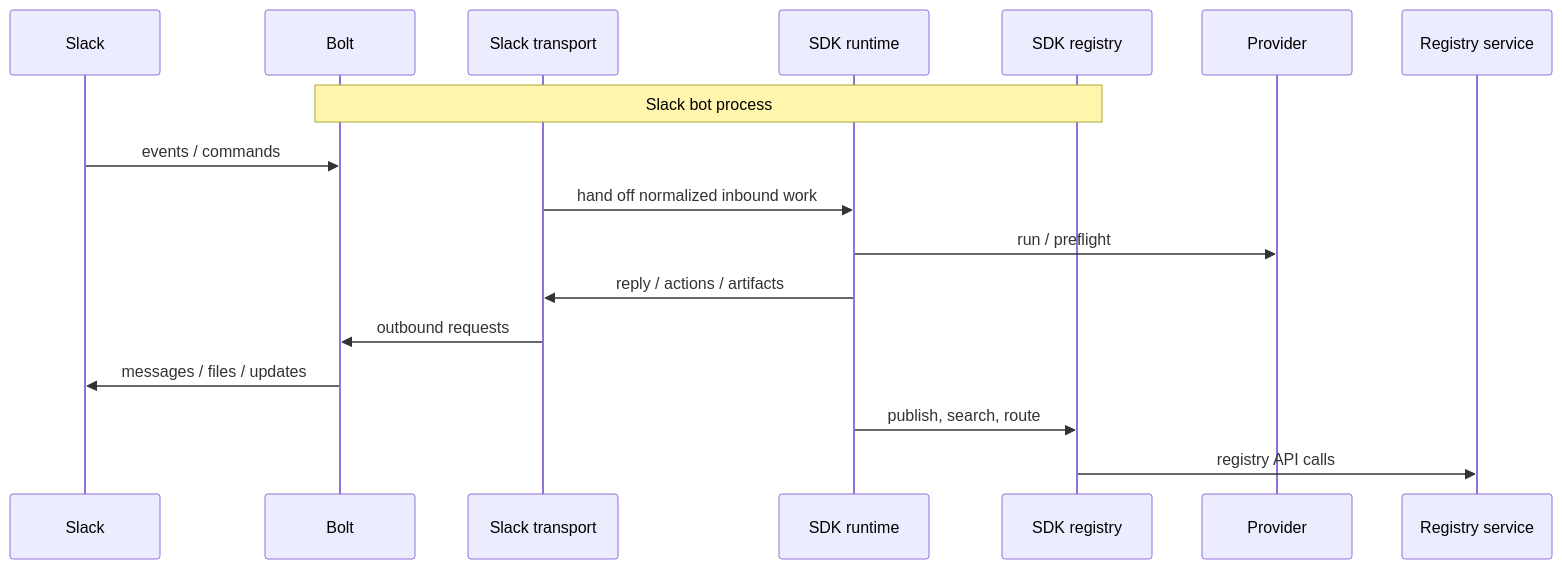
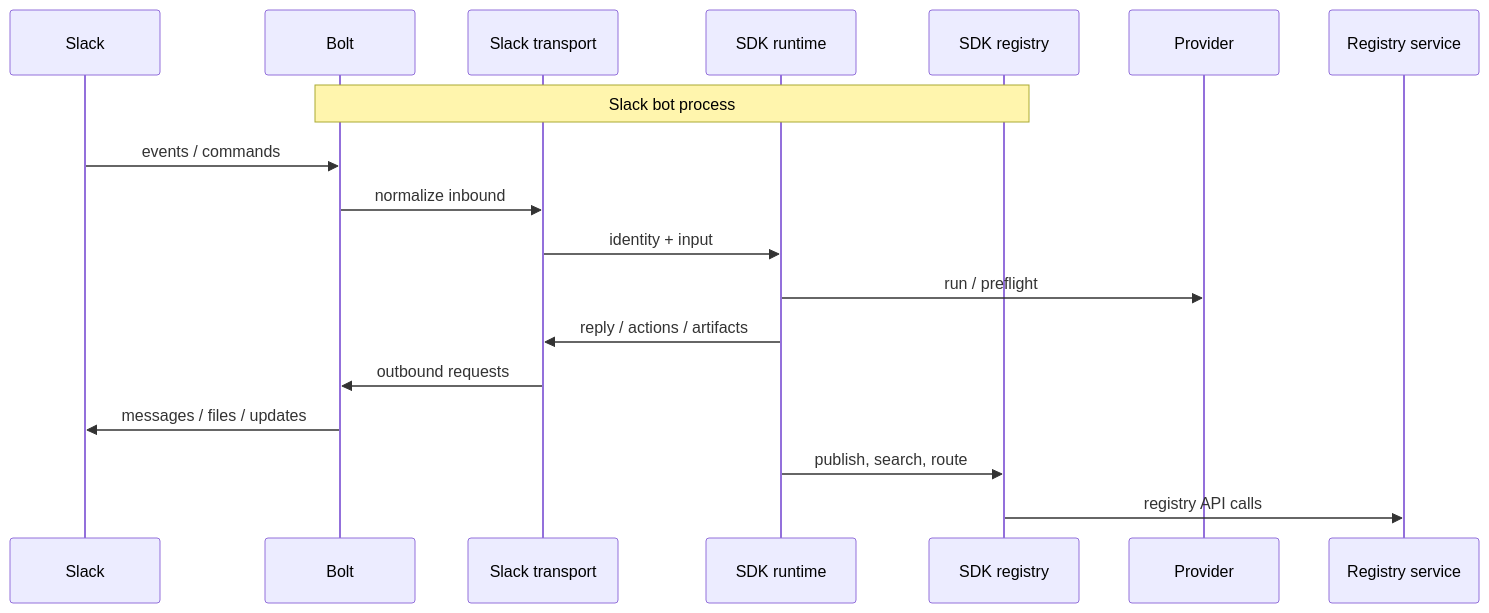
The fourth of 7 diagrams in ARCHITECTURE.md (privacynow/octopus), drawn with Mermaid before and after one commit. The commit also changed other lines of this file, not shown here.

````diff
--- a/ARCHITECTURE.md
+++ b/ARCHITECTURE.md
@@ -236,20 +219,21 @@
 ```mermaid
 sequenceDiagram
     participant S as Slack
     participant Bolt as Bolt
     participant Transport as Slack transport
     participant Runtime as SDK runtime
     participant RegistrySdk as SDK registry
     participant Provider as Provider
     participant Registry as Registry service
 
     Note over Bolt,RegistrySdk: Slack bot process
     S->>Bolt: events / commands
-    Transport->>Runtime: hand off normalized inbound work
+    Bolt->>Transport: normalize inbound
+    Transport->>Runtime: identity + input
     Runtime->>Provider: run / preflight
     Runtime->>Transport: reply / actions / artifacts
     Transport->>Bolt: outbound requests
     Bolt->>S: messages / files / updates
     Runtime->>RegistrySdk: publish, search, route
     RegistrySdk->>Registry: registry API calls
 ```
````
